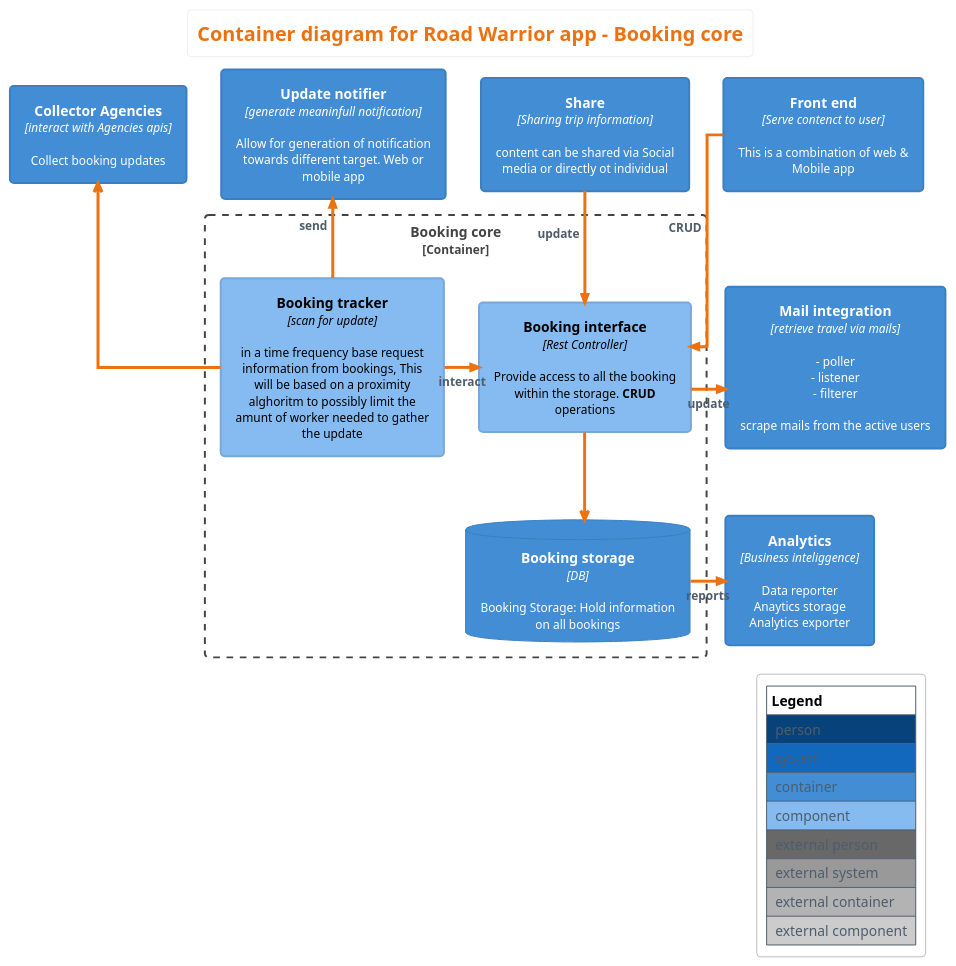
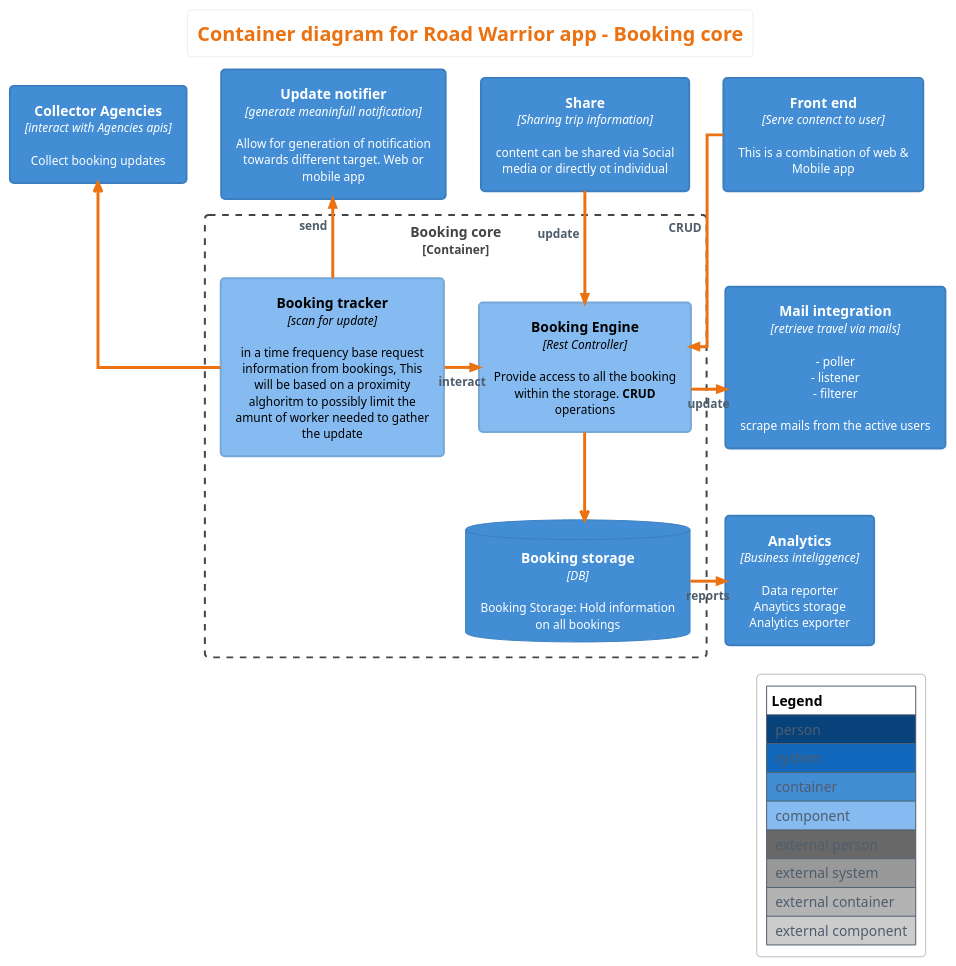
One commit to relic-da/ArchEnemies changed the diagram in doc/diagrams/c4/c4-component_booking-core.puml. Above: the diagram before and after it, drawn with PlantUML. The commit also changed 18 other files, not shown here.

Commit message:
Rename Booking Interface component to Booking Engine

```diff
--- a/doc/diagrams/c4/c4-component_booking-core.puml
+++ b/doc/diagrams/c4/c4-component_booking-core.puml
@@ -1,51 +1,51 @@
 @startuml
 !include <c4/C4_Component.puml>  
 ' uncomment the following line and comment the first to use locally
 ' !include C4_Component.puml
 
 !theme aws-orange
 skinparam BackgroundColor white   
 
 LAYOUT_WITH_LEGEND()
 
 skinparam linetype ortho
 title Container diagram for **Road Warrior** app - Booking core
 
 Container(collector_agencies, "Collector Agencies", "interact with Agencies apis", "Collect booking updates")
 Container(notifier, "Update notifier", "generate meaninfull notification", "Allow for generation of notification towards different target. Web or mobile app")
 Container(mail_poller, "Mail integration", "retrieve travel via mails", "- poller\n- listener\n- filterer\n\nscrape mails from the active users")
 'Container(sharer, "Share", "", "allow for sharing trip")
 Container(sharer, "Share", "Sharing trip information", "content can be shared via Social media or directly ot individual")
 
 Container_Boundary(booking_core, "Booking core") {
-Component(booking_interface, "Booking interface", "Rest Controller", "Provide access to all the booking within the storage. **CRUD** operations")
+Component(booking_engine, "Booking Engine", "Rest Controller", "Provide access to all the booking within the storage. **CRUD** operations")
 Component(booking_tracker, "Booking tracker", "scan for update", "in a time frequency base request information from bookings, This will be based on a proximity alghoritm to possibly limit the amunt of worker needed to gather the update")
 ContainerDb(booking_storage, "Booking storage", "DB", "Booking Storage: Hold information on all bookings")
 
 
-Rel_Neighbor(booking_tracker, booking_interface, "interact")
+Rel_Neighbor(booking_tracker, booking_engine, "interact")
 
-' Rel(booking_interface, booking_storage, "CRUD")
+' Rel(booking_engine, booking_storage, "CRUD")
 
-booking_interface -->booking_storage
+booking_engine -->booking_storage
 }
 
 
 Container(front_end, "Front end", "Serve contenct to user", "This is a combination of web & Mobile app")
 
 Container(analytics, "Analytics", "Business inteliggence", "Data reporter\nAnaytics storage\nAnalytics exporter")
 
 'Rel_Back(collector_agencies, booking_tracker, "Get updates")
 
 collector_agencies <-- booking_tracker
 
 Rel_Back(notifier, booking_tracker, "send")
-Rel(front_end, booking_interface, "CRUD")
+Rel(front_end, booking_engine, "CRUD")
 
 
 Rel_Neighbor(booking_storage, analytics, "reports")
-Rel(sharer, booking_interface, "update")
-Rel_Neighbor(booking_interface, mail_poller, "update")
+Rel(sharer, booking_engine, "update")
+Rel_Neighbor(booking_engine, mail_poller, "update")
 
 
 @enduml
```
